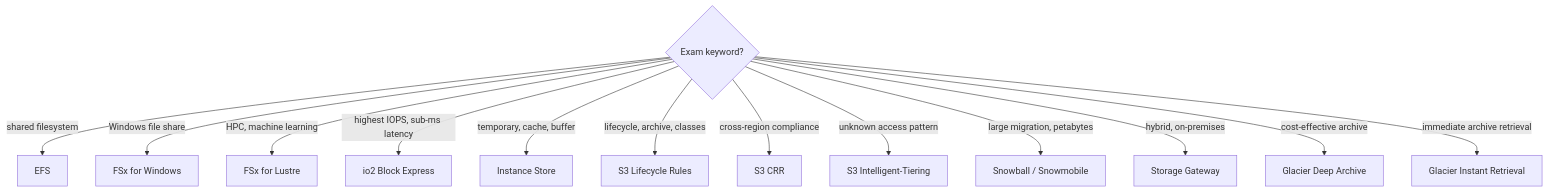
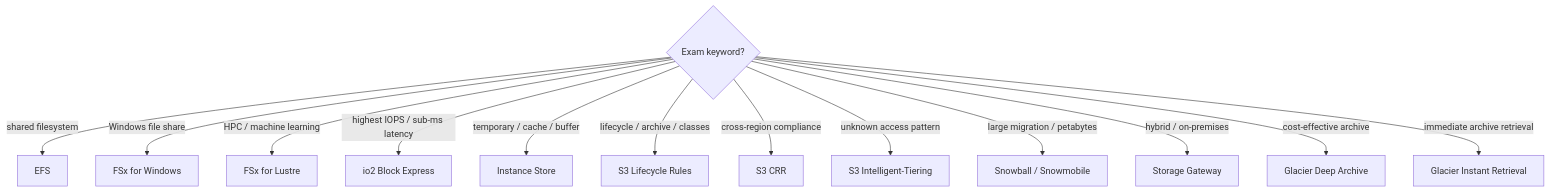
One commit to tranduongkyoto/ai-tutor changed the fifth of 5 diagrams in aws-csa/study-sessions/260515-2342-storage-concept-mapper.md. Above: the diagram before and after it, drawn with Mermaid. The commit also changed other lines of this file and 1 other file, not shown here.

Commit message:
fix(ai-tutor): quote Mermaid diamond labels and replace commas for IntelliJ compatibility

````diff
--- a/aws-csa/study-sessions/260515-2342-storage-concept-mapper.md
+++ b/aws-csa/study-sessions/260515-2342-storage-concept-mapper.md
@@ -240,15 +240,15 @@
 ```mermaid
 graph TD
-    Q{Exam keyword?} -->|"shared filesystem"| EFS[EFS]
+    Q{"Exam keyword?"} -->|"shared filesystem"| EFS[EFS]
     Q -->|"Windows file share"| FSX[FSx for Windows]
-    Q -->|"HPC, machine learning"| FSXL[FSx for Lustre]
-    Q -->|"highest IOPS, sub-ms latency"| IO2[io2 Block Express]
-    Q -->|"temporary, cache, buffer"| IS[Instance Store]
-    Q -->|"lifecycle, archive, classes"| LC[S3 Lifecycle Rules]
+    Q -->|"HPC / machine learning"| FSXL[FSx for Lustre]
+    Q -->|"highest IOPS / sub-ms latency"| IO2[io2 Block Express]
+    Q -->|"temporary / cache / buffer"| IS[Instance Store]
+    Q -->|"lifecycle / archive / classes"| LC[S3 Lifecycle Rules]
     Q -->|"cross-region compliance"| CRR[S3 CRR]
     Q -->|"unknown access pattern"| IT[S3 Intelligent-Tiering]
-    Q -->|"large migration, petabytes"| SNOW[Snowball / Snowmobile]
-    Q -->|"hybrid, on-premises"| SGW[Storage Gateway]
+    Q -->|"large migration / petabytes"| SNOW[Snowball / Snowmobile]
+    Q -->|"hybrid / on-premises"| SGW[Storage Gateway]
     Q -->|"cost-effective archive"| GDA[Glacier Deep Archive]
     Q -->|"immediate archive retrieval"| GIR[Glacier Instant Retrieval]
 ```
````
